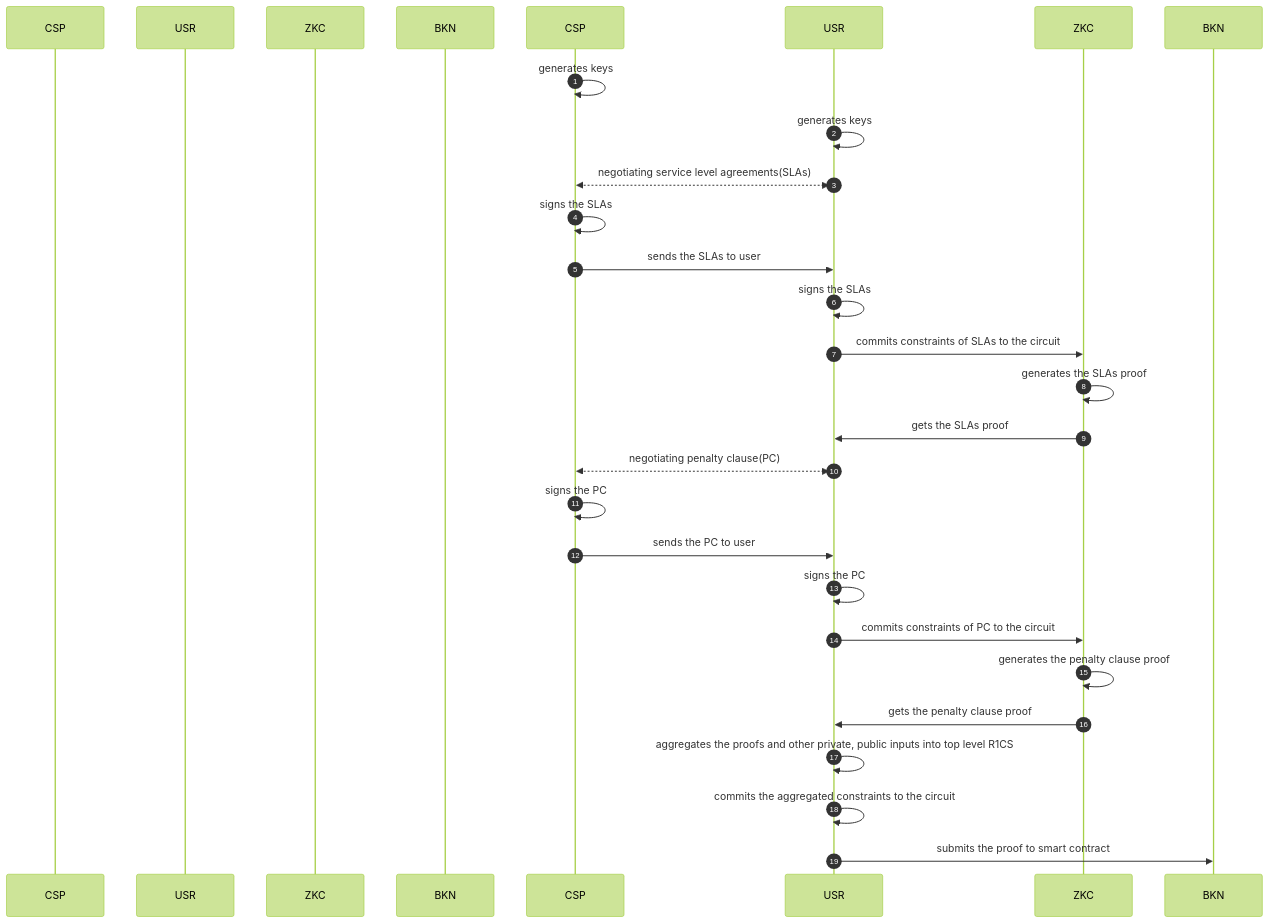
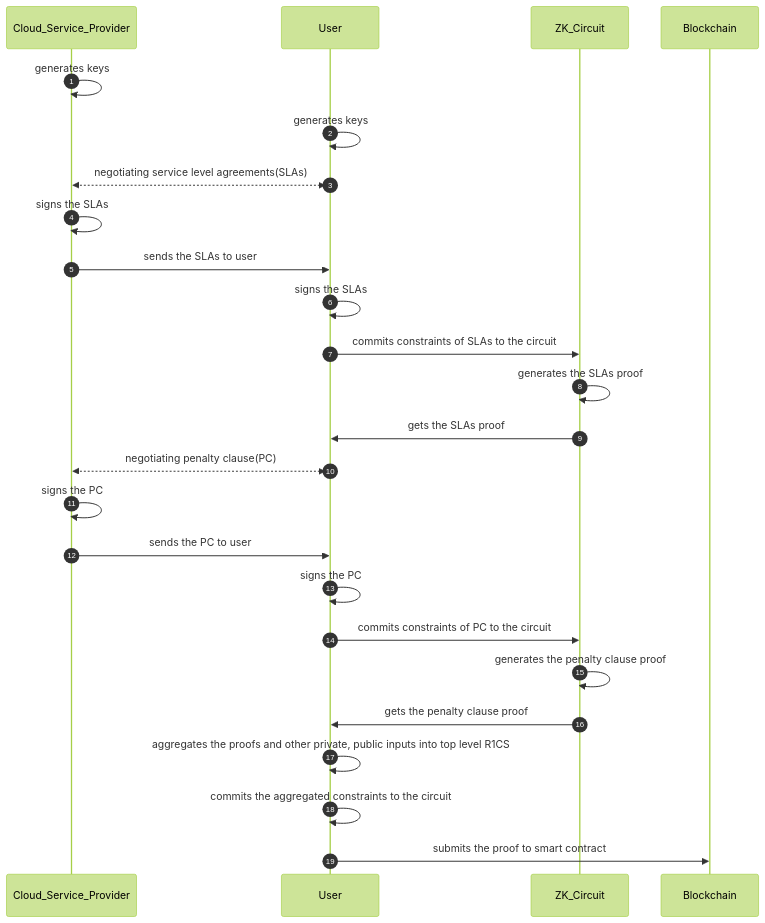
One commit to twliu-dorian/deCloud changed the first of 3 diagrams in phase1/sequence.md. Above: the diagram before and after it, drawn with Mermaid (forest theme). The commit also changed other lines of this file, not shown here.

````diff
--- a/phase1/sequence.md
+++ b/phase1/sequence.md
@@ -5,31 +5,31 @@
 ```mermaid
 sequenceDiagram
 
 autonumber
 
-participant Cloud_Service_Provider as CSP
-participant User as USR
-participant ZK_Circuit as ZKC
-participant Blockchain as BKN
+participant CSP as Cloud_Service_Provider
+participant USR as User
+participant ZKC as ZK_Circuit
+participant BKN as Blockchain
 
 CSP ->> CSP: generates keys
 USR ->> USR: generates keys
 USR <<-->> CSP: negotiating service level agreements(SLAs)
 CSP ->> CSP: signs the SLAs
 CSP ->> USR: sends the SLAs to user
 USR ->> USR: signs the SLAs
 USR ->> ZKC: commits constraints of SLAs to the circuit
 ZKC ->> ZKC: generates the SLAs proof
 ZKC ->> USR: gets the SLAs proof
 USR <<-->> CSP: negotiating penalty clause(PC)
 CSP ->> CSP: signs the PC
 CSP ->> USR: sends the PC to user
 USR ->> USR: signs the PC
 USR ->> ZKC: commits constraints of PC to the circuit
 ZKC ->> ZKC: generates the penalty clause proof
 ZKC ->> USR: gets the penalty clause proof
 USR ->> USR: aggregates the proofs and other private, public inputs into top level R1CS
 USR ->> USR: commits the aggregated constraints to the circuit
 USR ->> BKN: submits the proof to smart contract
 
 ```
````
